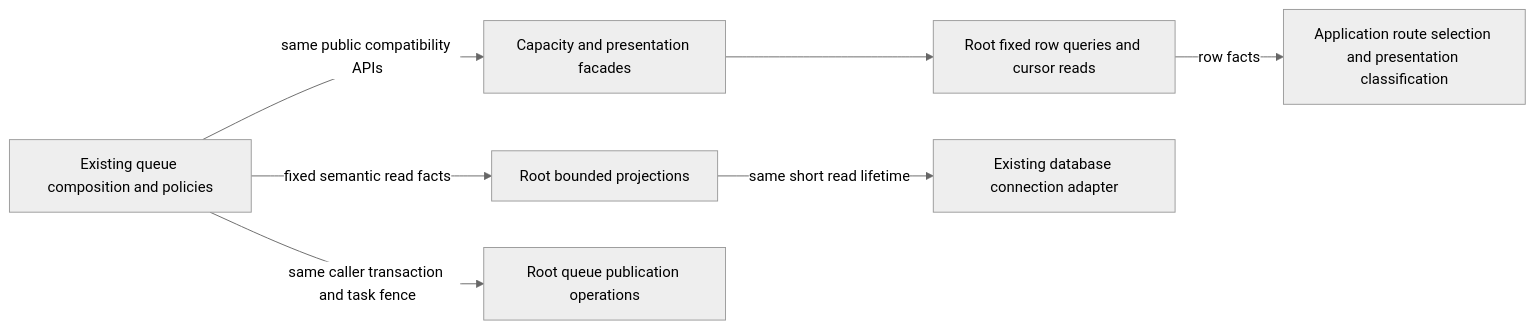
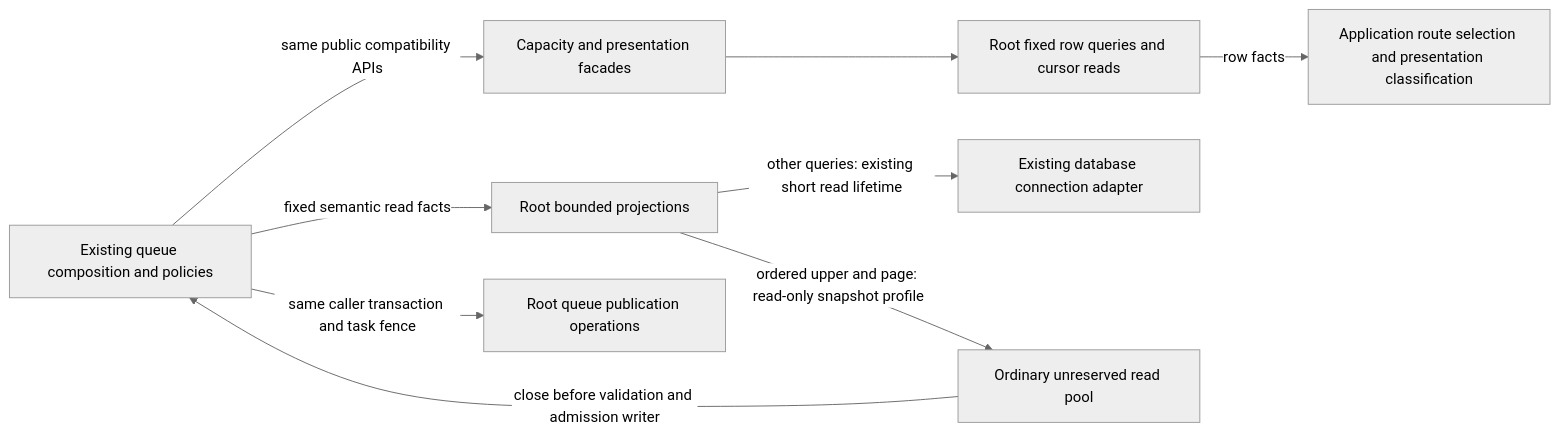
Before and after one commit to aaweaver-actuary/tempo: the fifth of 6 diagrams in database/tempo_legacy_database/adapters/queue_refresh/README.md, drawn with Mermaid (neutral theme). The commit also changed other lines of this file, not shown here.

Commit message:
Document ordered occurrence reader lifetime

````diff
--- a/database/tempo_legacy_database/adapters/queue_refresh/README.md
+++ b/database/tempo_legacy_database/adapters/queue_refresh/README.md
@@ -163,9 +167,11 @@
 ```mermaid
 flowchart LR
   app[Existing queue composition and policies] -->|fixed semantic read facts| reads[Root bounded projections]
   app -->|same public compatibility APIs| bridge[Capacity and presentation facades]
   bridge --> facts[Root fixed row queries and cursor reads]
   facts -->|row facts| policy[Application route selection and presentation classification]
-  reads -->|same short read lifetime| storage[Existing database connection adapter]
+  reads -->|other queries: existing short read lifetime| storage[Existing database connection adapter]
+  reads -->|ordered upper and page: read-only snapshot profile| snapshot[Ordinary unreserved read pool]
+  snapshot -->|close before validation and admission writer| app
   app -->|same caller transaction and task fence| writes[Root queue publication operations]
 ```
````
